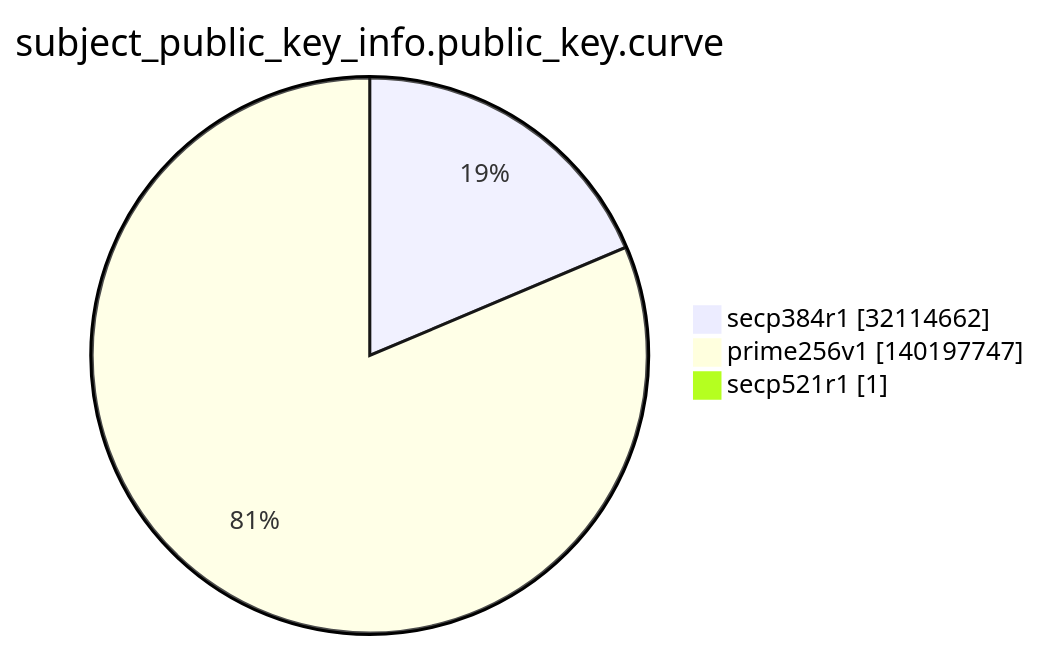
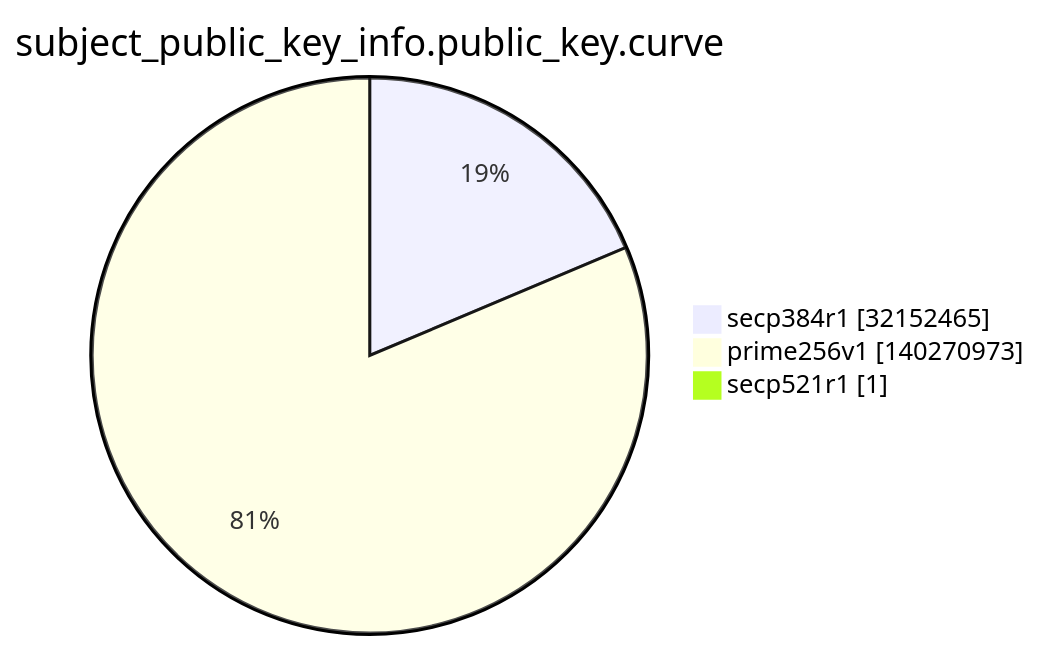
The ninth of 15 diagrams in argon2022/README.md (christiankrug/ctmonitor_visualization), drawn with Mermaid before and after one commit. The commit also changed other lines of this file, not shown here.

````diff
--- a/argon2022/README.md
+++ b/argon2022/README.md
@@ -2762,7 +2762,7 @@
 ```mermaid
 pie showData
 title subject_public_key_info.public_key.curve
-"secp384r1" :32114662
-"prime256v1" :140197747
+"secp384r1" :32152465
+"prime256v1" :140270973
 "secp521r1" :1
 ```
````
